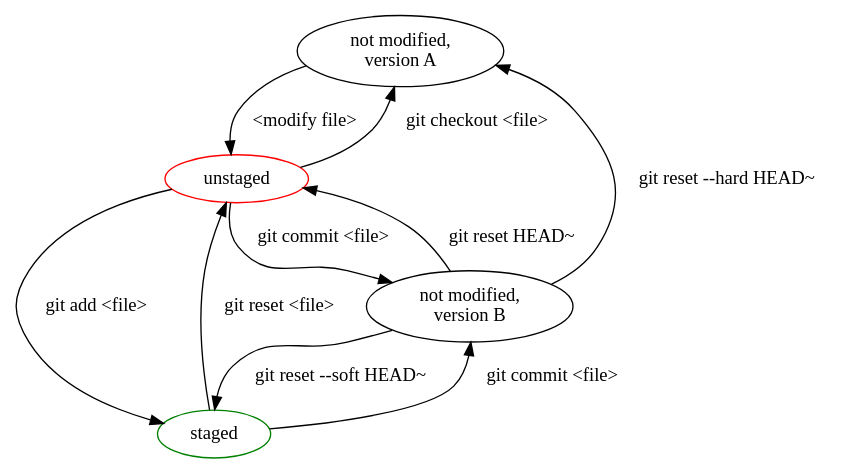
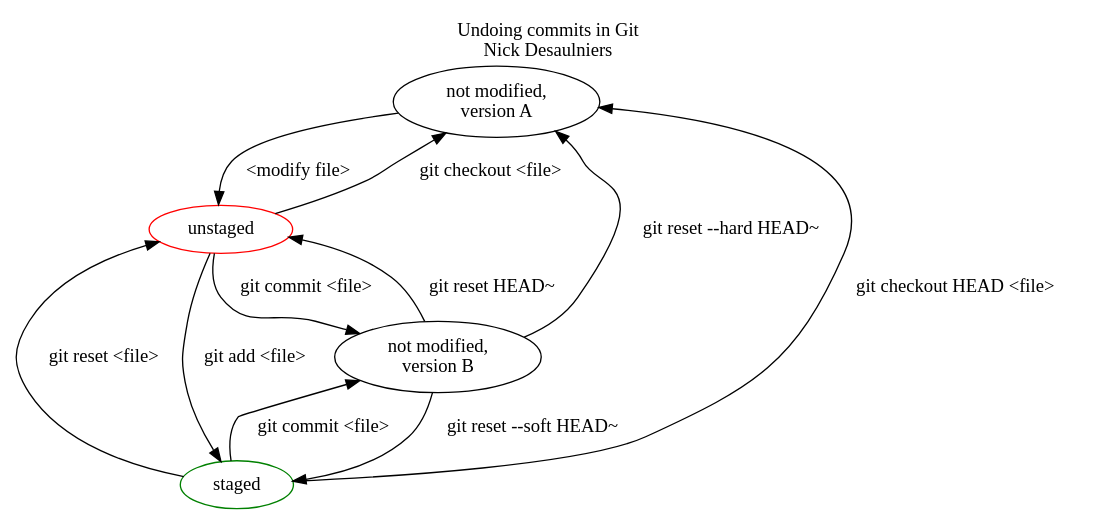
Before and after one commit to mfedoten/git-dot: the diagram in staging.dot, drawn with Graphviz. The commit also changed 2 other files, not shown here.

Commit message:
replace jpg with svg

```diff
--- a/staging.dot
+++ b/staging.dot
@@ -1,19 +1,24 @@
-// dot staging.dot -T jpg -O
+// dot staging.dot -T svg -O
 digraph staging {
+  labelloc="t"
+  label="Undoing commits in Git\nNick Desaulniers"
+
   a [label="not modified,\nversion A"];
   b [label="unstaged",color=red];
   c [label="staged",color=green];
   d [label="not modified,\nversion B"]
 
   a -> b [label="<modify file>"];
+
+  b -> a [label="git checkout <file>"]
   b -> c [label="git add <file>"];
   b -> d [label="git commit <file>"]
+
+  c -> a [label="git checkout HEAD <file>"]
+  c -> b [label="git reset <file>"]
   c -> d [label="git commit <file>"]
 
-  c -> b [label="git reset <file>"]
-  b -> a [label="git checkout <file>"]
-
+  d -> a [label="git reset --hard HEAD~"]
+  d -> b [label="git reset HEAD~"]
   d -> c [label="git reset --soft HEAD~"]
-  d -> b [label="git reset HEAD~"]
-  d -> a [label="git reset --hard HEAD~"]
 }
```
